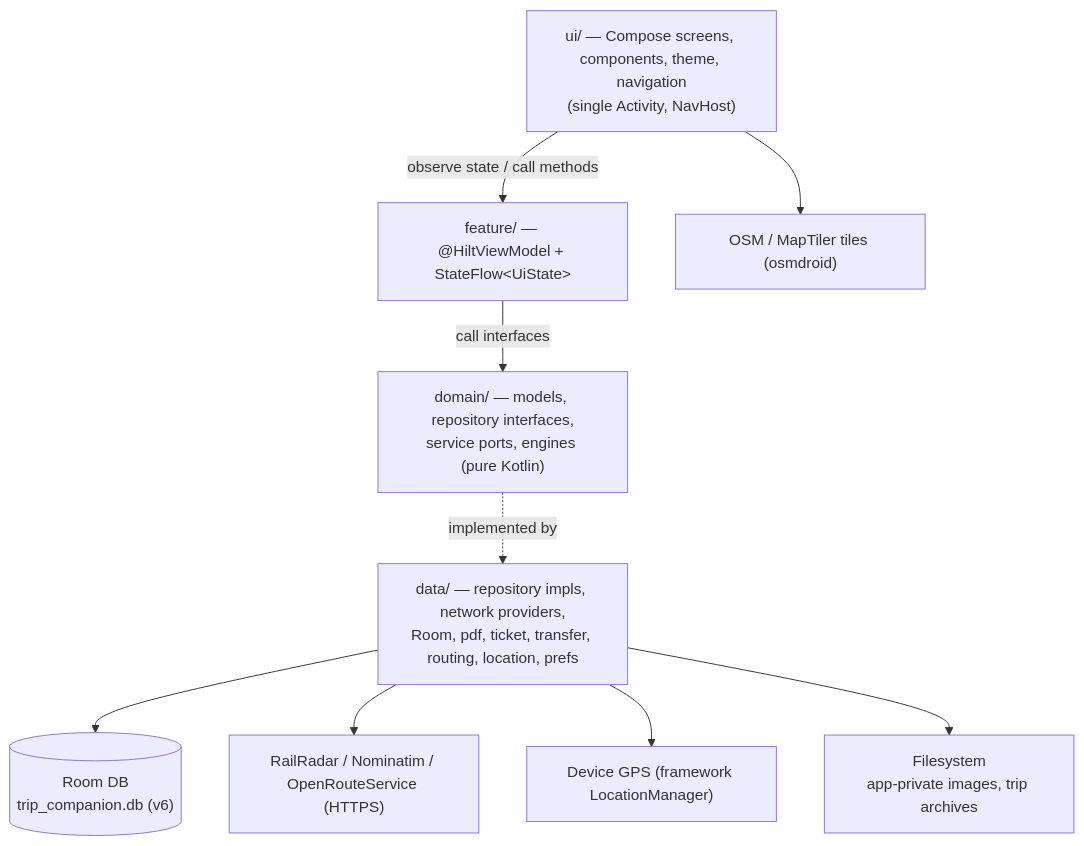
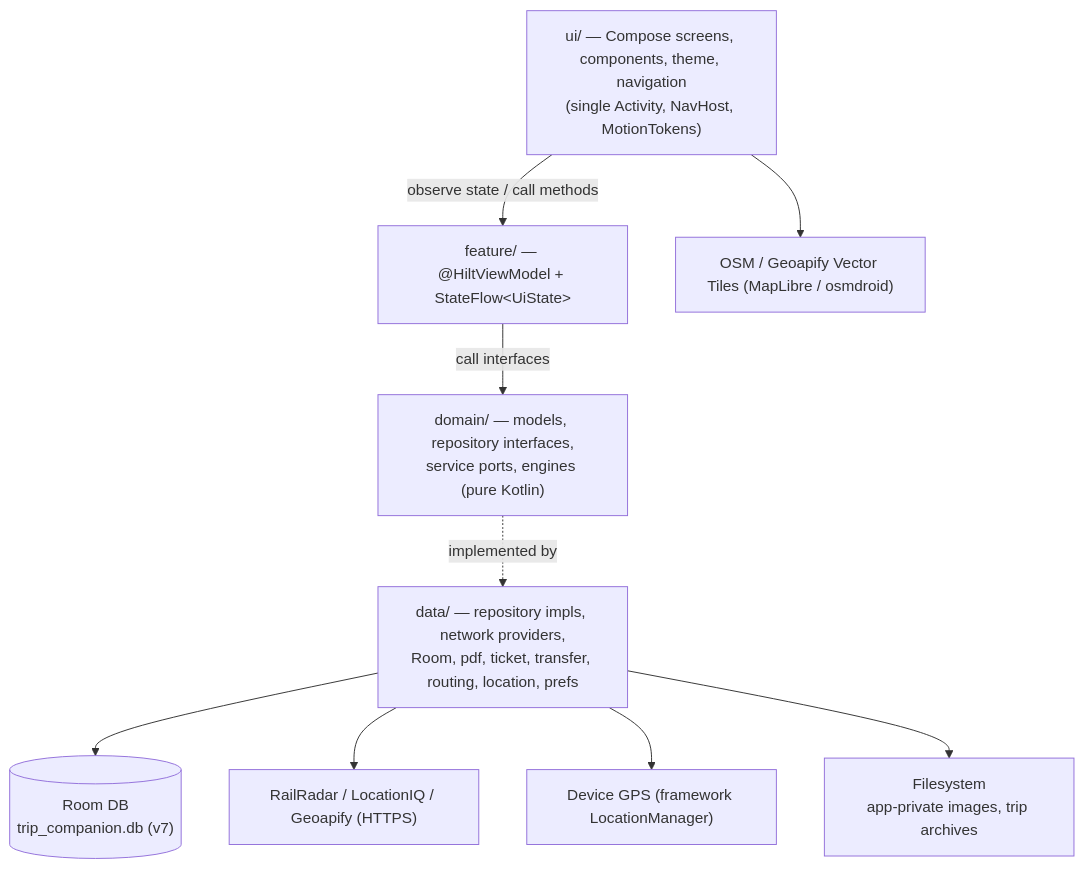
One commit to Agam-Ramteke/TripCompanion changed the diagram in docs/ARCHITECTURE.md. Above: the diagram before and after it, drawn with Mermaid. The commit also changed other lines of this file and 89 other files, not shown here.

Commit message:
feat: integrate LocationIQ geocoding, hotel stay lifecycle, map HUD redesign, schema v7, and docs

````diff
--- a/docs/ARCHITECTURE.md
+++ b/docs/ARCHITECTURE.md
@@ -16,21 +16,21 @@
 ```mermaid
 flowchart TD
-    UI["ui/ — Compose screens, components, theme, navigation<br/>(single Activity, NavHost)"]
+    UI["ui/ — Compose screens, components, theme, navigation<br/>(single Activity, NavHost, MotionTokens)"]
     VM["feature/ — @HiltViewModel + StateFlow&lt;UiState&gt;"]
     DOM["domain/ — models, repository interfaces,<br/>service ports, engines (pure Kotlin)"]
     DATA["data/ — repository impls, network providers,<br/>Room, pdf, ticket, transfer, routing, location, prefs"]
-    ROOM[("Room DB<br/>trip_companion.db (v6)")]
-    NET["RailRadar / Nominatim / OpenRouteService (HTTPS)"]
-    TILES["OSM / MapTiler tiles (osmdroid)"]
+    ROOM[("Room DB<br/>trip_companion.db (v7)")]
+    NET["RailRadar / LocationIQ / Geoapify (HTTPS)"]
+    TILES["OSM / Geoapify Vector Tiles (MapLibre / osmdroid)"]
     GPS["Device GPS (framework LocationManager)"]
     FS["Filesystem<br/>app-private images, trip archives"]
 
     UI -->|observe state / call methods| VM
     VM -->|call interfaces| DOM
     DOM -.implemented by.-> DATA
     DATA --> ROOM
     DATA --> NET
     DATA --> GPS
     UI --> TILES
     DATA --> FS
 ```
````
